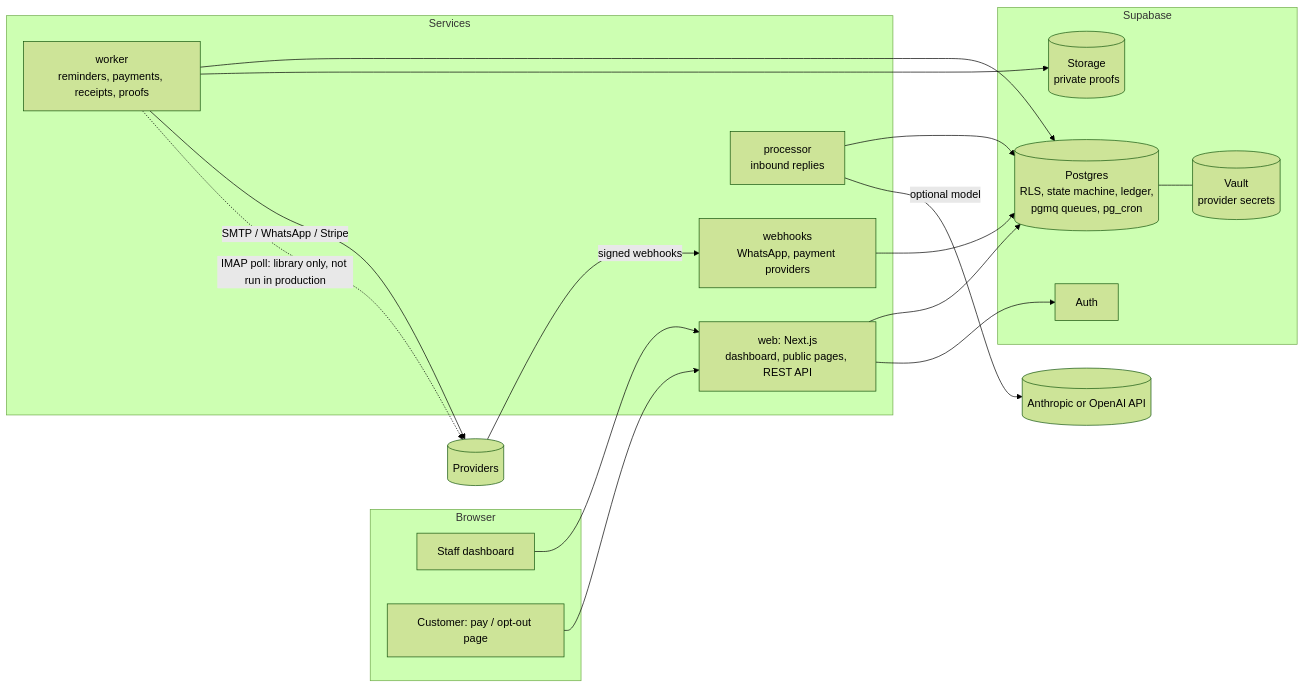
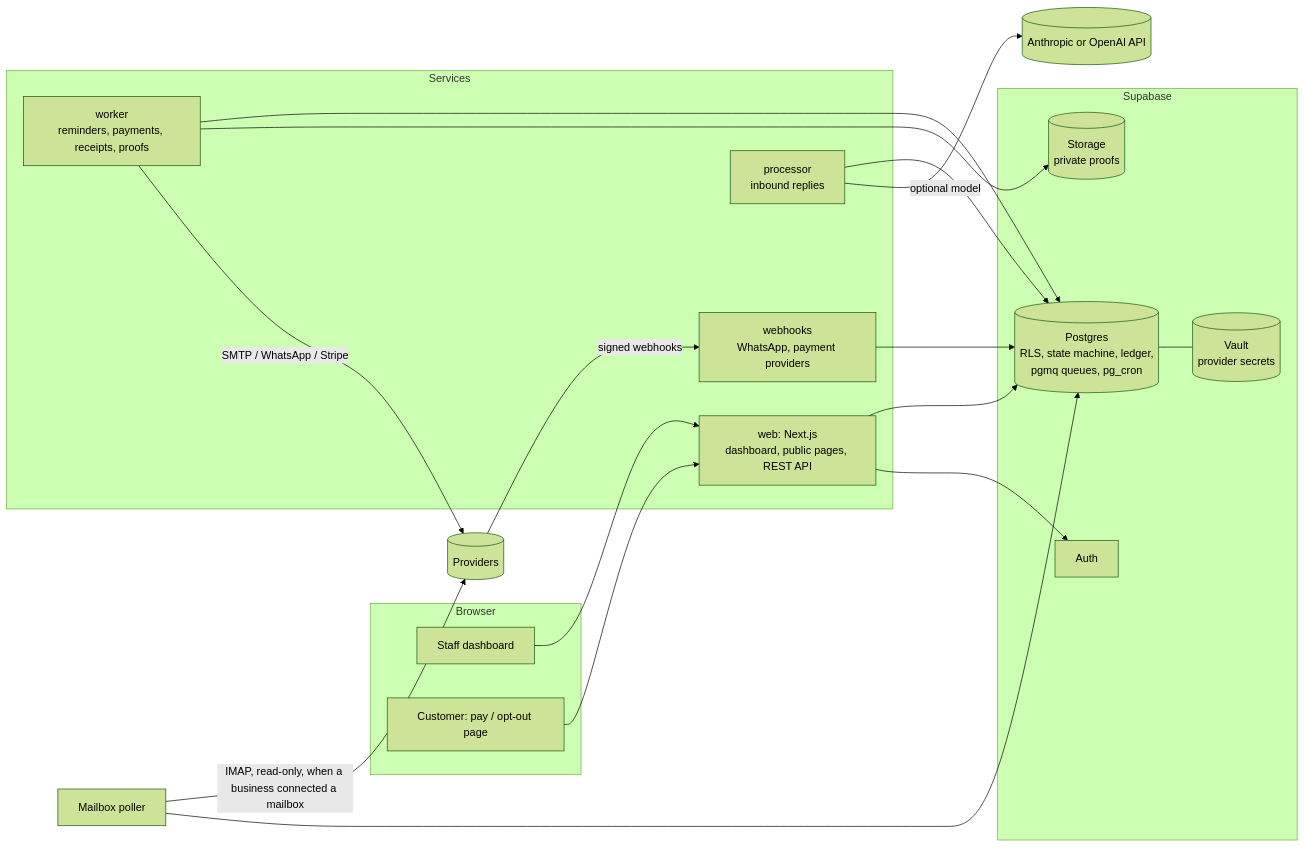
The diagram in docs/architecture.md (ahmadtahir1399/Dueloop), drawn with Mermaid (forest theme) before and after one commit. The commit also changed other lines of this file and 53 other files, not shown here.

````diff
--- a/docs/architecture.md
+++ b/docs/architecture.md
@@ -8,32 +8,33 @@
 ```mermaid
 flowchart LR
   subgraph Browser
     Staff[Staff dashboard]
     Customer[Customer: pay / opt-out page]
   end
   subgraph Services
     Web[web: Next.js<br/>dashboard, public pages, REST API]
     Hooks[webhooks<br/>WhatsApp, payment providers]
     Worker[worker<br/>reminders, payments, receipts, proofs]
     Proc[processor<br/>inbound replies]
   end
   subgraph Supabase
     DB[(Postgres<br/>RLS, state machine, ledger,<br/>pgmq queues, pg_cron)]
     Auth[Auth]
     Store[(Storage<br/>private proofs)]
     Vault[(Vault<br/>provider secrets)]
   end
   Staff --> Web
   Customer --> Web
   Web --> DB
   Web --> Auth
   Hooks --> DB
   Worker --> DB
   Proc --> DB
   Worker --> Store
   DB --- Vault
   Worker -- SMTP / WhatsApp / Stripe --> Providers[(Providers)]
   Proc -- optional model --> Model[(Anthropic or OpenAI API)]
   Providers -- signed webhooks --> Hooks
-  Worker -. IMAP poll: library only, not run in production .-> Providers
+  Mailbox[Mailbox poller] -- IMAP, read-only, when a business connected a mailbox --> Providers
+  Mailbox --> DB
 ```
````
